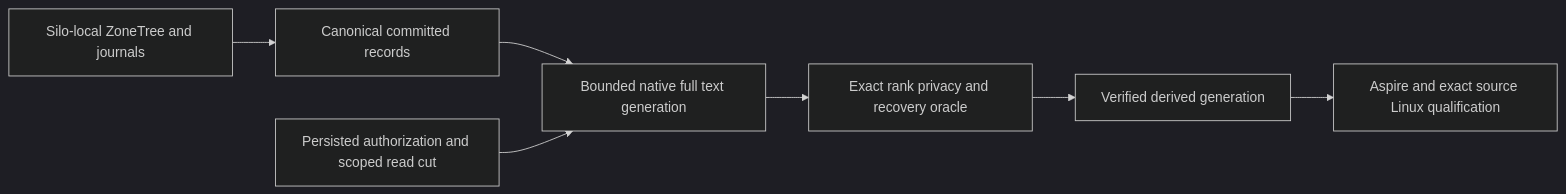
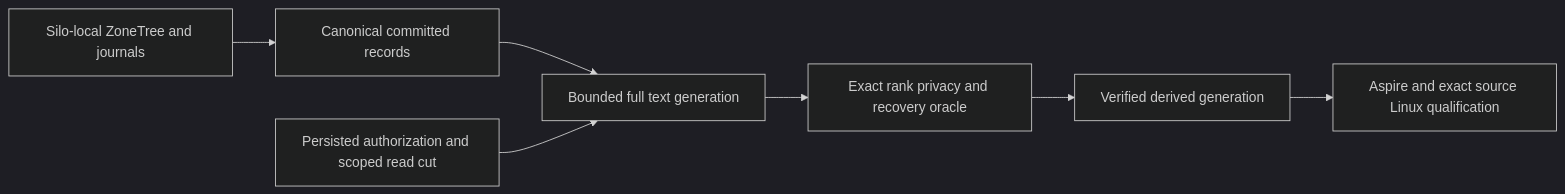
The diagram in docs/ADR/ADR-071-canonical-zonetree-providers.md (managedcode/KeyLoad), drawn with Mermaid (dark theme) before and after one commit. The commit also changed other lines of this file and 9016 other files, not shown here.

````diff
--- a/docs/ADR/ADR-071-canonical-zonetree-providers.md
+++ b/docs/ADR/ADR-071-canonical-zonetree-providers.md
@@ -44,9 +44,9 @@
 ```mermaid
 flowchart LR
     Owner[Silo-local ZoneTree and journals] --> Records[Canonical committed records]
-    Records --> Projection[Bounded native full text generation]
+    Records --> Projection[Bounded full text generation]
     Policy[Persisted authorization and scoped read cut] --> Projection
     Projection --> Verify[Exact rank privacy and recovery oracle]
     Verify --> Publish[Verified derived generation]
     Publish --> Proof[Aspire and exact source Linux qualification]
 ```
````
